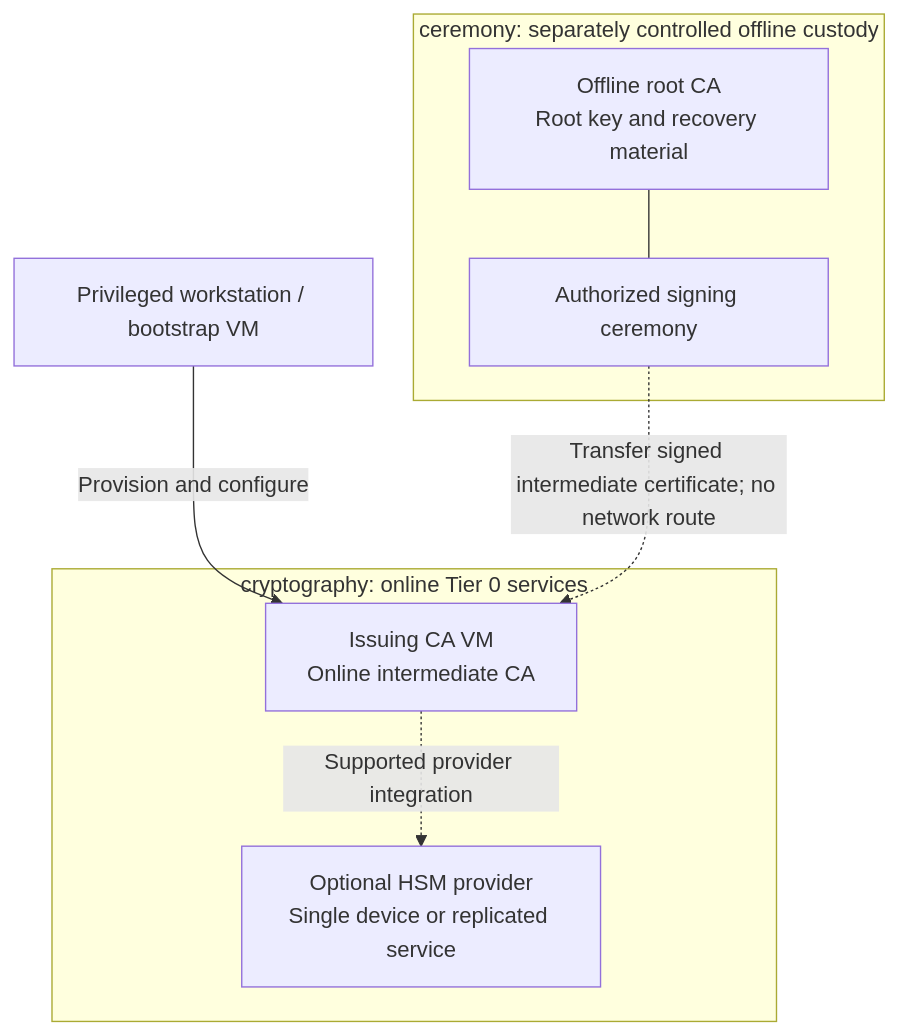
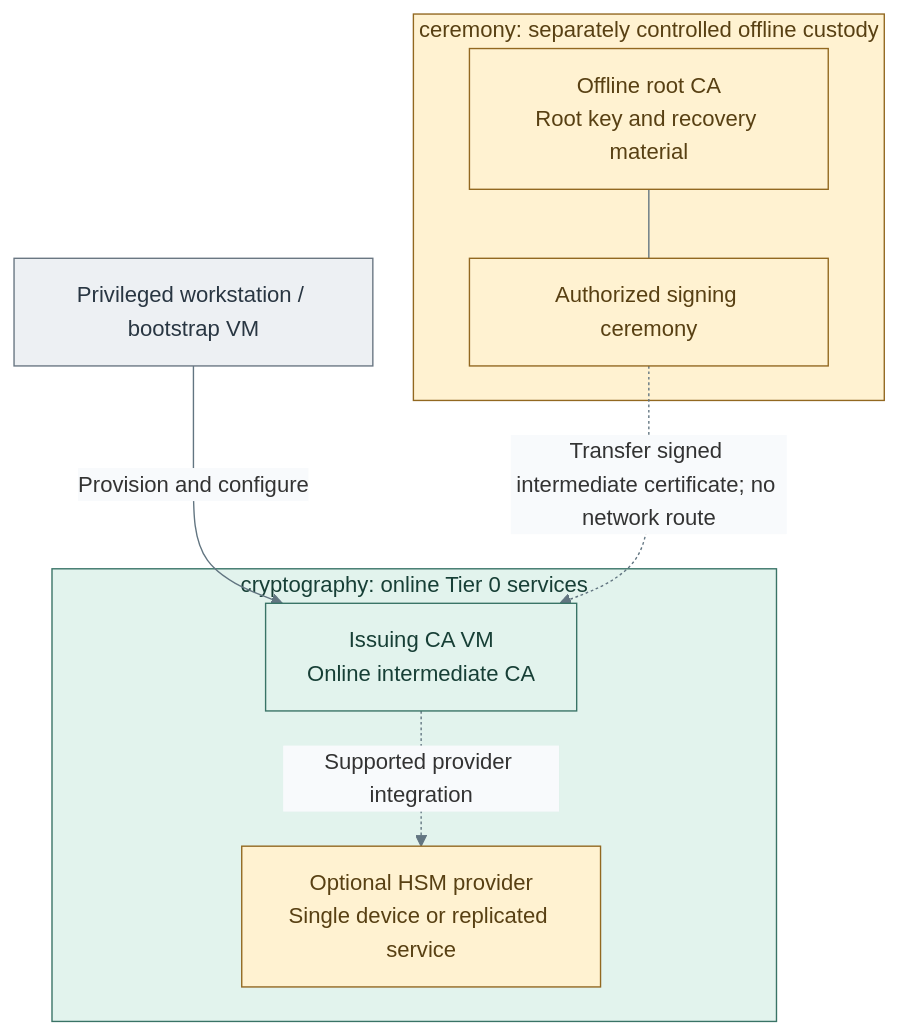
The diagram in docs/deployment/stage-2-trust/README.md (Rexus/homelab), drawn with Mermaid before and after one commit. The commit also changed 49 other files, not shown here.

Commit message:
docs(diagrams): clarify tier layouts and visual styles

````diff
--- a/docs/deployment/stage-2-trust/README.md
+++ b/docs/deployment/stage-2-trust/README.md
@@ -21,16 +21,24 @@
 ```mermaid
+%%{init: {"theme":"base","themeVariables":{"lineColor":"#627581","edgeLabelBackground":"#f8fafc"}}}%%
 flowchart TB
   Bootstrap["Privileged workstation / bootstrap VM"]
   subgraph Offline["ceremony: separately controlled offline custody"]
     Root["Offline root CA<br/>Root key and recovery material"]
     Ceremony["Authorized signing ceremony"]
     Root --- Ceremony
   end
   subgraph Crypto["cryptography: online Tier 0 services"]
     Issuer["Issuing CA VM<br/>Online intermediate CA"]
     Hardware["Optional HSM provider<br/>Single device or replicated service"]
     Issuer -. Supported provider integration .-> Hardware
   end
   Bootstrap -->|Provision and configure| Issuer
   Ceremony -. "Transfer signed intermediate certificate; no network route" .-> Issuer
+  classDef default fill:#f8fafc,stroke:#64748b,color:#1f2937
+  classDef actor fill:#edf0f3,stroke:#697682,color:#293642
+  classDef custody fill:#fff2d1,stroke:#926820,color:#584013
+  classDef control fill:#e2f3ed,stroke:#397366,color:#173f36
+  class Bootstrap actor
+  class Offline,Root,Ceremony,Hardware custody
+  class Crypto,Issuer control
 ```
````
